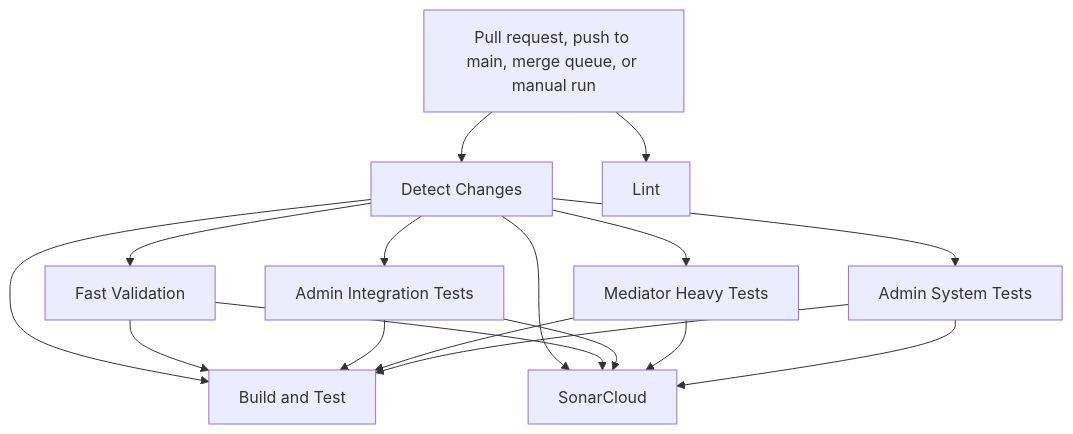
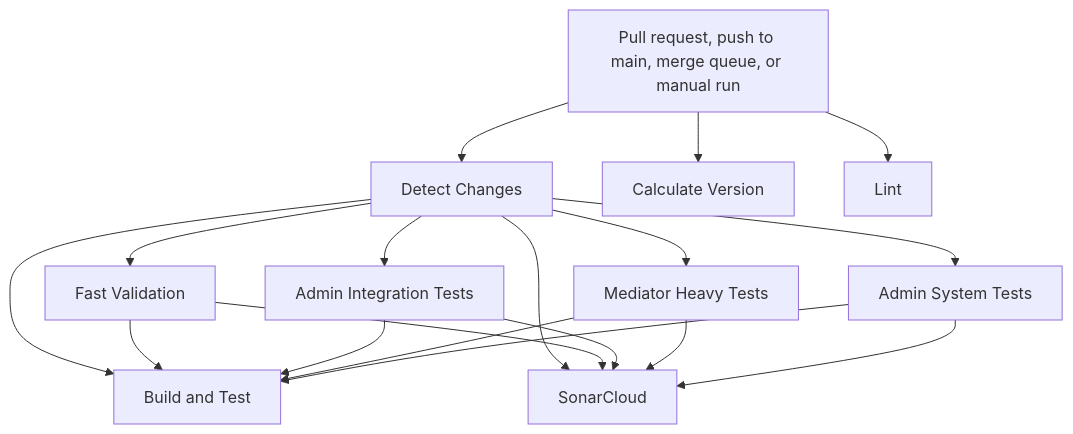
The first of 3 diagrams in docs/architecture/ci-validation-flows.md (danigutsch/ViajantesTurismo), drawn with Mermaid before and after one commit. The commit also changed other lines of this file and 4 other files, not shown here.

Commit message:
feat(ci): calculate release version

````diff
--- a/docs/architecture/ci-validation-flows.md
+++ b/docs/architecture/ci-validation-flows.md
@@ -13,28 +13,30 @@
 ```mermaid
 flowchart TB
     trigger[Pull request, push to main, merge queue, or manual run]
     detect_changes[Detect Changes]
+    calculate_version[Calculate Version]
     fast_validation[Fast Validation]
     admin_integration_tests[Admin Integration Tests]
     mediator_heavy_tests[Mediator Heavy Tests]
     admin_system_tests[Admin System Tests]
     build_and_test[Build and Test]
     sonarcloud[SonarCloud]
     lint[Lint]
     trigger --> detect_changes
+    trigger --> calculate_version
     detect_changes --> fast_validation
     detect_changes --> admin_integration_tests
     detect_changes --> mediator_heavy_tests
     detect_changes --> admin_system_tests
     detect_changes --> build_and_test
     fast_validation --> build_and_test
     admin_integration_tests --> build_and_test
     mediator_heavy_tests --> build_and_test
     admin_system_tests --> build_and_test
     detect_changes --> sonarcloud
     fast_validation --> sonarcloud
     admin_integration_tests --> sonarcloud
     mediator_heavy_tests --> sonarcloud
     admin_system_tests --> sonarcloud
     trigger --> lint
 ```
````
